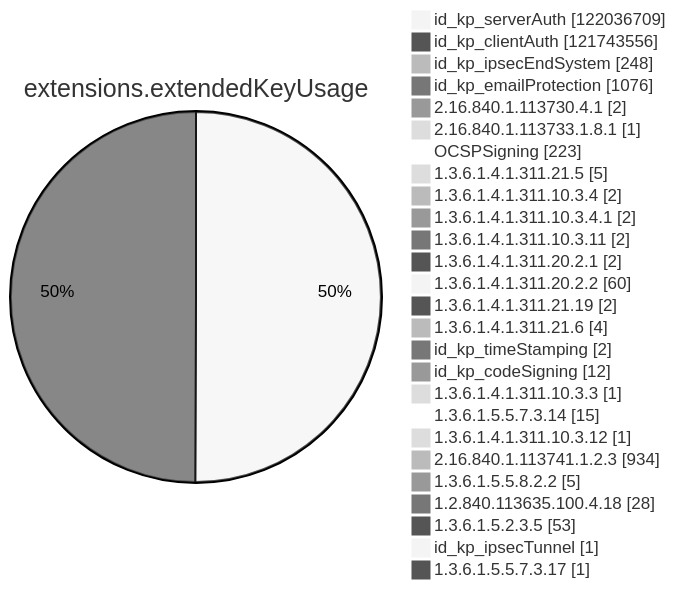
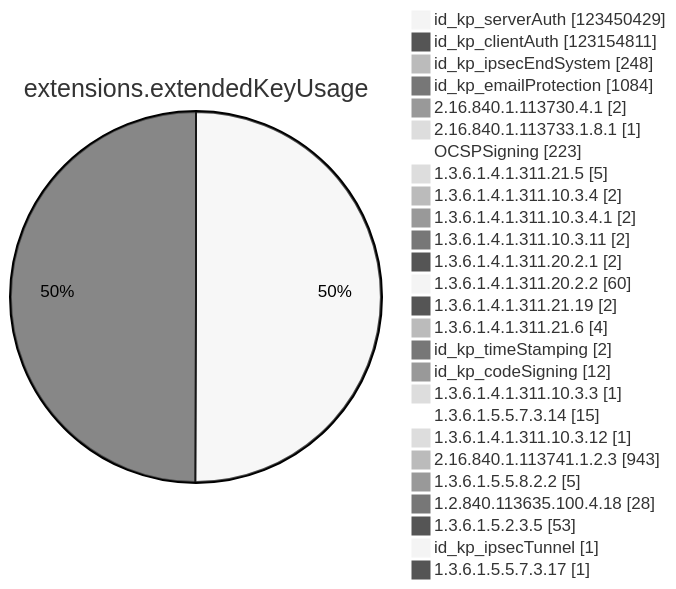
Diagram 11 of 15 in xenon2023/README.md (christiankrug/ctmonitor_visualization), drawn with Mermaid (neutral theme) before and after one commit. The commit also changed other lines of this file, not shown here.

````diff
--- a/xenon2023/README.md
+++ b/xenon2023/README.md
@@ -2684,30 +2688,30 @@
 ```mermaid
 pie showData
 title extensions.extendedKeyUsage
-"id_kp_serverAuth" :122036709
-"id_kp_clientAuth" :121743556
+"id_kp_serverAuth" :123450429
+"id_kp_clientAuth" :123154811
 "id_kp_ipsecEndSystem" :248
-"id_kp_emailProtection" :1076
+"id_kp_emailProtection" :1084
 "2.16.840.1.113730.4.1" :2
 "2.16.840.1.113733.1.8.1" :1
 "OCSPSigning" :223
 "1.3.6.1.4.1.311.21.5" :5
 "1.3.6.1.4.1.311.10.3.4" :2
 "1.3.6.1.4.1.311.10.3.4.1" :2
 "1.3.6.1.4.1.311.10.3.11" :2
 "1.3.6.1.4.1.311.20.2.1" :2
 "1.3.6.1.4.1.311.20.2.2" :60
 "1.3.6.1.4.1.311.21.19" :2
 "1.3.6.1.4.1.311.21.6" :4
 "id_kp_timeStamping" :2
 "id_kp_codeSigning" :12
 "1.3.6.1.4.1.311.10.3.3" :1
 "1.3.6.1.5.5.7.3.14" :15
 "1.3.6.1.4.1.311.10.3.12" :1
-"2.16.840.1.113741.1.2.3" :934
+"2.16.840.1.113741.1.2.3" :943
 "1.3.6.1.5.5.8.2.2" :5
 "1.2.840.113635.100.4.18" :28
 "1.3.6.1.5.2.3.5" :53
 "id_kp_ipsecTunnel" :1
 "1.3.6.1.5.5.7.3.17" :1
 ```
````
